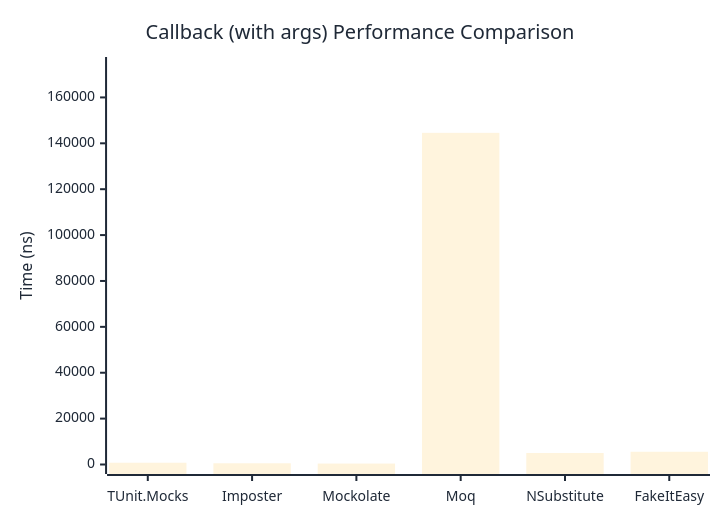
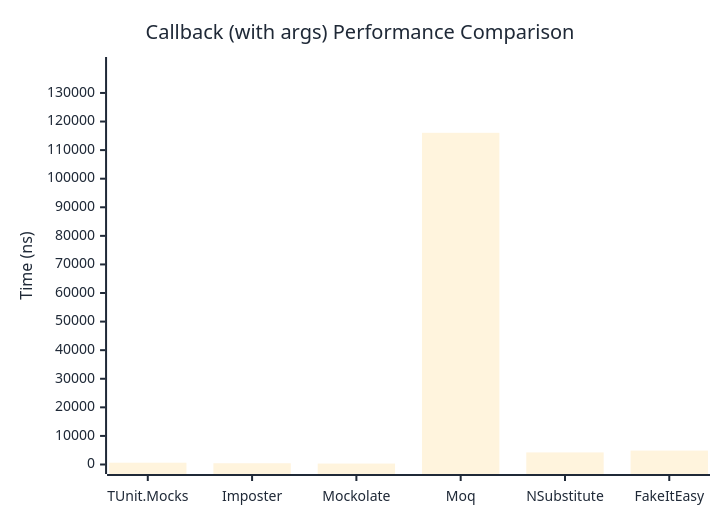
The second of 2 diagrams in docs/docs/benchmarks/mocks/Callback.md (thomhurst/TUnit), drawn with Mermaid before and after one commit. The commit also changed other lines of this file and 14 other files, not shown here.

````diff
--- a/docs/docs/benchmarks/mocks/Callback.md
+++ b/docs/docs/benchmarks/mocks/Callback.md
@@ -71,27 +71,27 @@
 ```mermaid
 %%{init: {
   'theme':'base',
   'themeVariables': {
     'primaryColor': '#2563eb',
     'primaryTextColor': '#1f2937',
     'primaryBorderColor': '#1e40af',
     'lineColor': '#6b7280',
     'secondaryColor': '#7c3aed',
     'tertiaryColor': '#dc2626',
     'background': '#ffffff',
     'pie1': '#2563eb',
     'pie2': '#7c3aed',
     'pie3': '#dc2626',
     'pie4': '#f59e0b',
     'pie5': '#10b981',
     'pie6': '#06b6d4',
     'pie7': '#ec4899',
     'pie8': '#6366f1'
   }
 }}%%
 xychart-beta
   title "Callback (with args) Performance Comparison"
   x-axis ["TUnit.Mocks", "Imposter", "Mockolate", "Moq", "NSubstitute", "FakeItEasy"]
-  y-axis "Time (ns)" 0 --> 173478
-  bar [769.9, 539, 408, 144564.3, 5011.5, 5548.6]
+  y-axis "Time (ns)" 0 --> 139255
+  bar [627, 439.9, 325.8, 116045.7, 4229.5, 4867.8]
 ```
````
